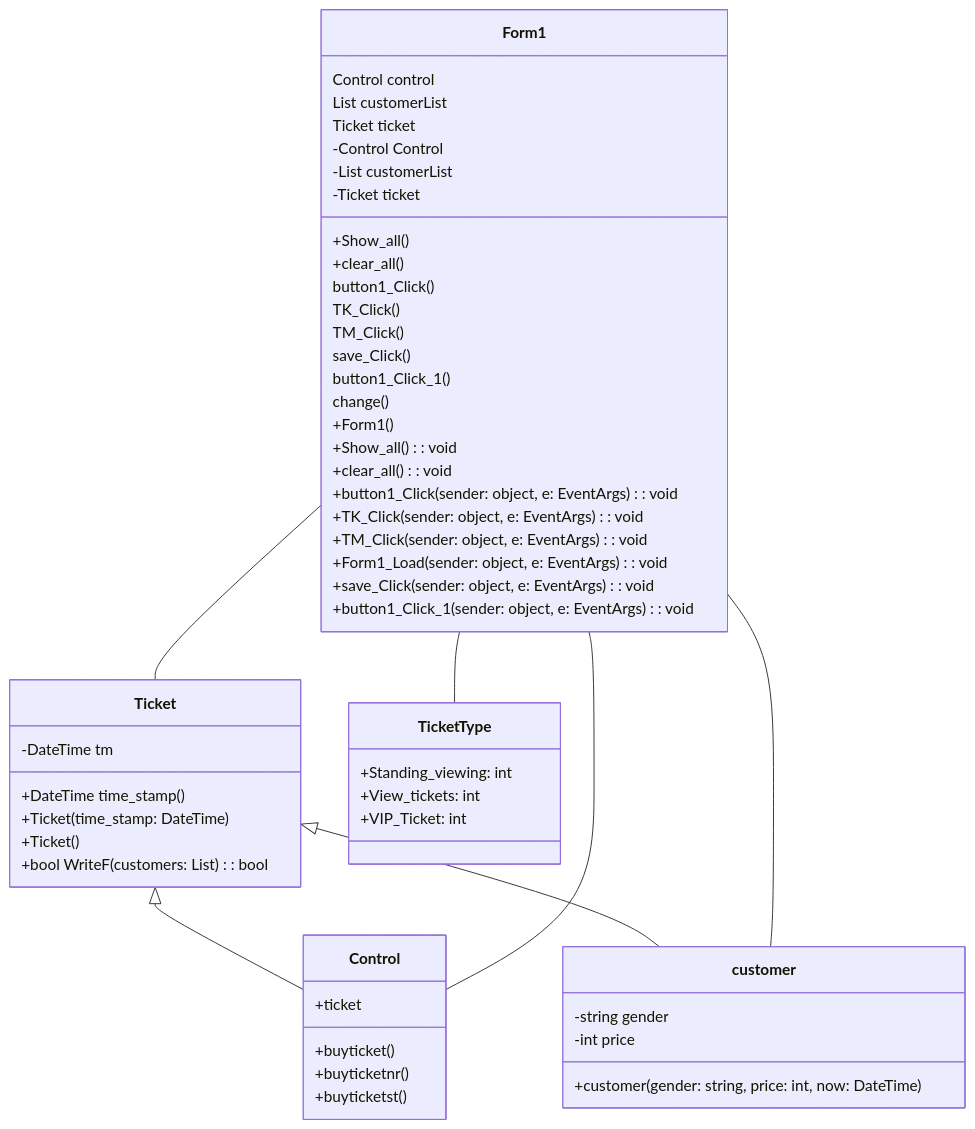
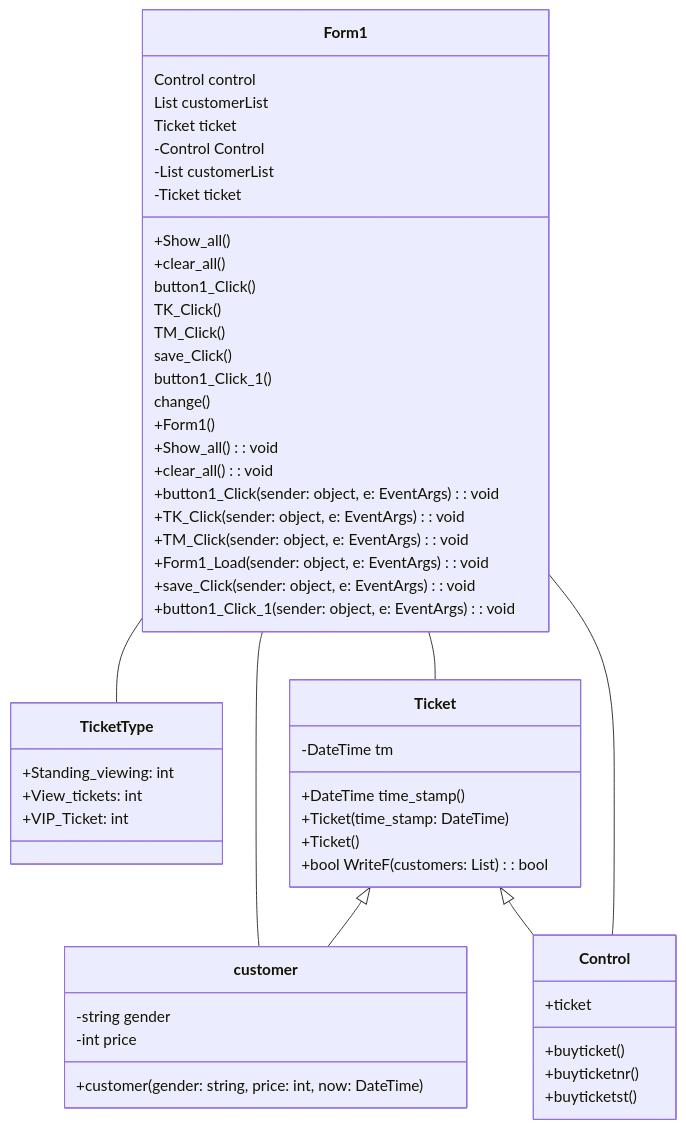
Before and after one commit to shadowgardent/final-project: the diagram in README.md, drawn with Mermaid.

````diff
--- a/README.md
+++ b/README.md
@@ -15,82 +15,72 @@
 ```mermaid
 classDiagram
     Ticket <|-- customer
     Ticket <|-- Control
     Form1 -- TicketType
-    Form1 -- Control
     Form1 -- customer
     Form1 -- Ticket
+    Form1 -- Control
 
 
-   class Form1{
+    class Form1{
     
         Control control
         List<customer> customerList 
         Ticket ticket  
         +Show_all()
         +clear_all()
         button1_Click()
         TK_Click()
         TM_Click()
         save_Click()
         button1_Click_1()
         change()
     }
 
 
-class Form1 {
+    class Ticket {
+        -DateTime tm
+        +DateTime time_stamp()
+        +Ticket(time_stamp: DateTime)
+        +Ticket()
+        +bool WriteF(customers: List<customer>): bool
+    }
+
+    class customer{
+      
+      +customer(gender: string, price: int, now: DateTime)
+      -string gender
+      -int price
+    }
+  
+
+    
+    class Control{
+        +ticket
+        +buyticket()
+        +buyticketnr()
+        +buyticketst()
+    
+    }
+
+     class TicketType {
+        +Standing_viewing: int
+        +View_tickets: int
+        +VIP_Ticket: int
+    }
+
+    class Form1 {
         -Control Control
         -List<customer> customerList
         -Ticket ticket
         +Form1()
         +Show_all(): void
         +clear_all(): void
         +button1_Click(sender: object, e: EventArgs): void
         +TK_Click(sender: object, e: EventArgs): void
         +TM_Click(sender: object, e: EventArgs): void
         +Form1_Load(sender: object, e: EventArgs): void
         +save_Click(sender: object, e: EventArgs): void
         +button1_Click_1(sender: object, e: EventArgs): void
     }
-
-
-
-   class TicketType {
-        +Standing_viewing: int
-        +View_tickets: int
-        +VIP_Ticket: int
-    }
-
-
-   class Ticket {
-        -DateTime tm
-        +DateTime time_stamp()
-        +Ticket(time_stamp: DateTime)
-        +Ticket()
-        +bool WriteF(customers: List<customer>): bool
-    }
-
-  
-
-    
-   class Control{
-        +ticket
-        +buyticket()
-        +buyticketnr()
-        +buyticketst()
-    
-    }
-
-
-
-  class customer{
-      
-      +customer(gender: string, price: int, now: DateTime)
-      -string gender
-      -int price
-   }
-
-
-
-   
 ```
````
